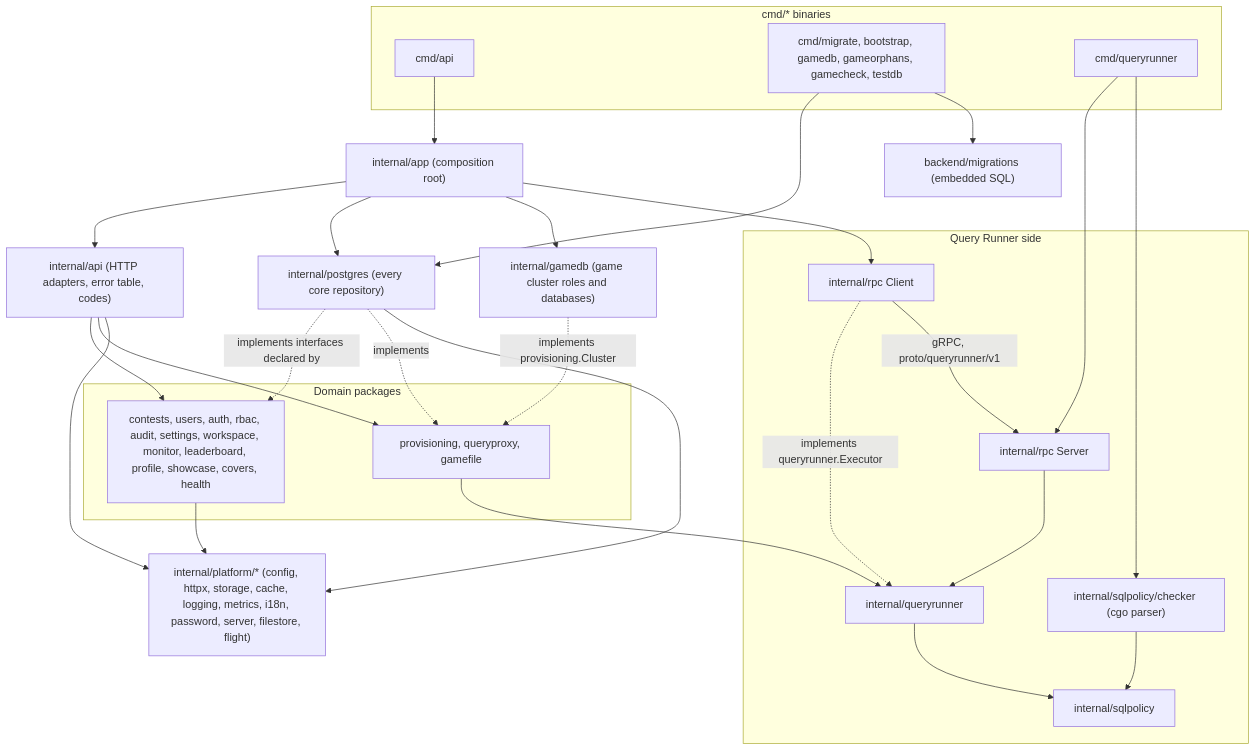
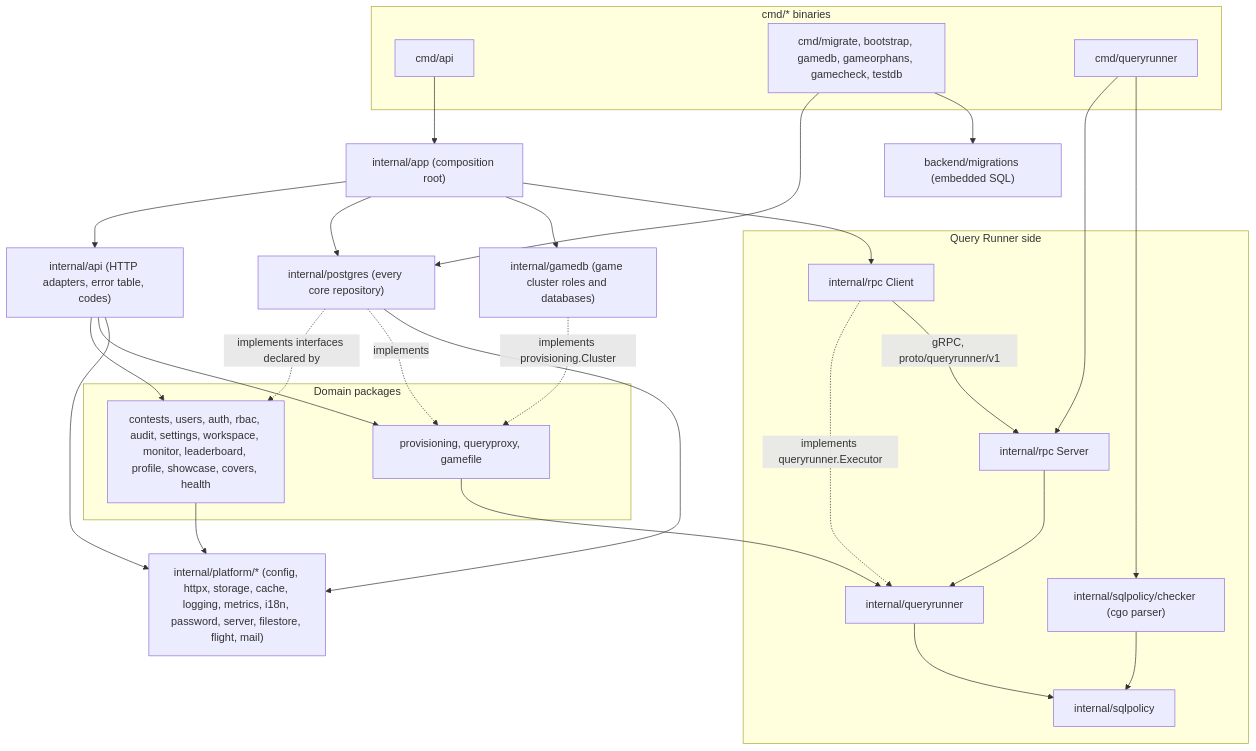
One commit to devrdn/olymp-db-platform changed the diagram in docs/guide/04-backend.md. Above: the diagram before and after it, drawn with Mermaid. The commit also changed 7 other files, not shown here.

````diff
--- a/docs/guide/04-backend.md
+++ b/docs/guide/04-backend.md
@@ -38,54 +38,54 @@
 ```mermaid
 flowchart TB
   subgraph bins["cmd/* binaries"]
     cmdapi["cmd/api"]
     cmdjobs["cmd/migrate, bootstrap, gamedb, gameorphans, gamecheck, testdb"]
     cmdqr["cmd/queryrunner"]
   end
 
   app["internal/app (composition root)"]
   api["internal/api (HTTP adapters, error table, codes)"]
 
   subgraph domain["Domain packages"]
     dom["contests, users, auth, rbac, audit, settings, workspace, monitor, leaderboard, profile, showcase, covers, health"]
     game["provisioning, queryproxy, gamefile"]
   end
 
   pg["internal/postgres (every core repository)"]
   gamedb["internal/gamedb (game cluster roles and databases)"]
   mig["backend/migrations (embedded SQL)"]
 
   subgraph runner["Query Runner side"]
     client["internal/rpc Client"]
     server["internal/rpc Server"]
     qr["internal/queryrunner"]
     sp["internal/sqlpolicy"]
     chk["internal/sqlpolicy/checker (cgo parser)"]
   end
 
-  platform["internal/platform/* (config, httpx, storage, cache, logging, metrics, i18n, password, server, filestore, flight)"]
+  platform["internal/platform/* (config, httpx, storage, cache, logging, metrics, i18n, password, server, filestore, flight, mail)"]
 
   cmdapi --> app
   app --> api
   app --> pg
   app --> gamedb
   app --> client
   api --> dom
   api --> game
   pg -.->|"implements interfaces declared by"| dom
   pg -.->|"implements"| game
   gamedb -.->|"implements provisioning.Cluster"| game
   game --> qr
   client -.->|"implements queryrunner.Executor"| qr
   client -->|"gRPC, proto/queryrunner/v1"| server
   cmdqr --> server
   cmdqr --> chk
   server --> qr
   qr --> sp
   chk --> sp
   cmdjobs --> pg
   cmdjobs --> mig
   dom --> platform
   api --> platform
   pg --> platform
 ```
````
